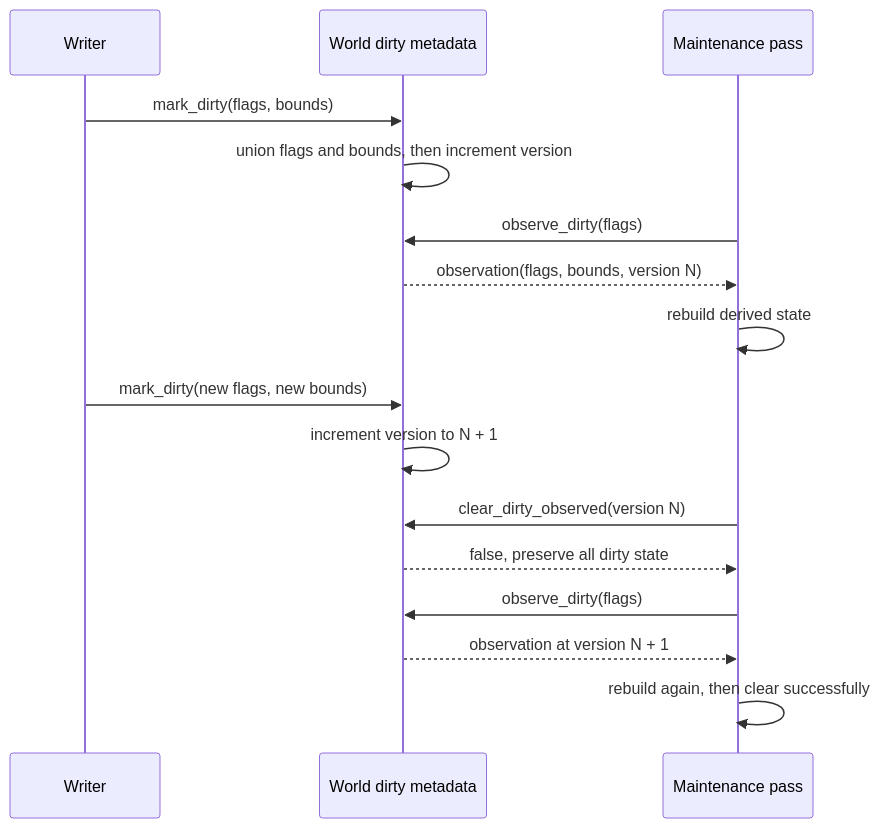
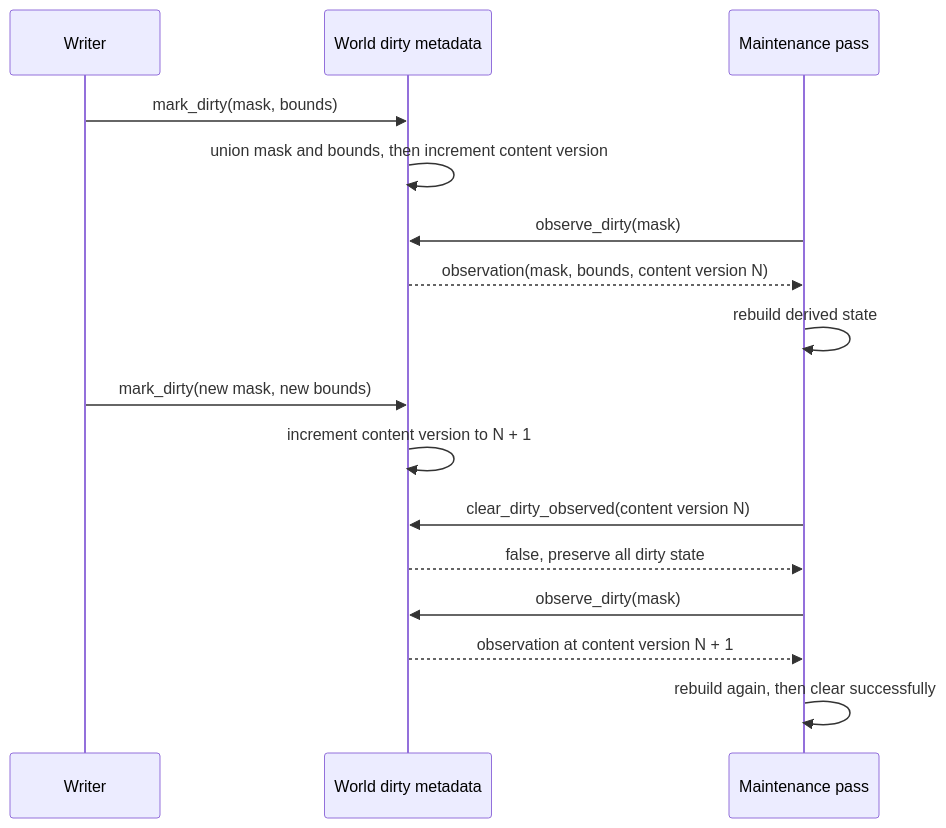
The second of 2 diagrams in docs/architecture/storage.md (kindjie/tess), drawn with Mermaid before and after one commit. The commit also changed other lines of this file and 235 other files, not shown here.

````diff
--- a/docs/architecture/storage.md
+++ b/docs/architecture/storage.md
@@ -259,22 +271,22 @@
 ```mermaid
 sequenceDiagram
   accTitle: Lost-update-safe dirty maintenance
   accDescr: A write during maintenance changes the version, so a stale clear fails and the maintenance pass observes and rebuilds again.
 
   participant W as Writer
   participant D as World dirty metadata
   participant M as Maintenance pass
 
-  W->>D: mark_dirty(flags, bounds)
-  D->>D: union flags and bounds, then increment version
-  M->>D: observe_dirty(flags)
-  D-->>M: observation(flags, bounds, version N)
+  W->>D: mark_dirty(mask, bounds)
+  D->>D: union mask and bounds, then increment content version
+  M->>D: observe_dirty(mask)
+  D-->>M: observation(mask, bounds, content version N)
   M->>M: rebuild derived state
-  W->>D: mark_dirty(new flags, new bounds)
-  D->>D: increment version to N + 1
-  M->>D: clear_dirty_observed(version N)
+  W->>D: mark_dirty(new mask, new bounds)
+  D->>D: increment content version to N + 1
+  M->>D: clear_dirty_observed(content version N)
   D-->>M: false, preserve all dirty state
-  M->>D: observe_dirty(flags)
-  D-->>M: observation at version N + 1
+  M->>D: observe_dirty(mask)
+  D-->>M: observation at content version N + 1
   M->>M: rebuild again, then clear successfully
 ```
````
